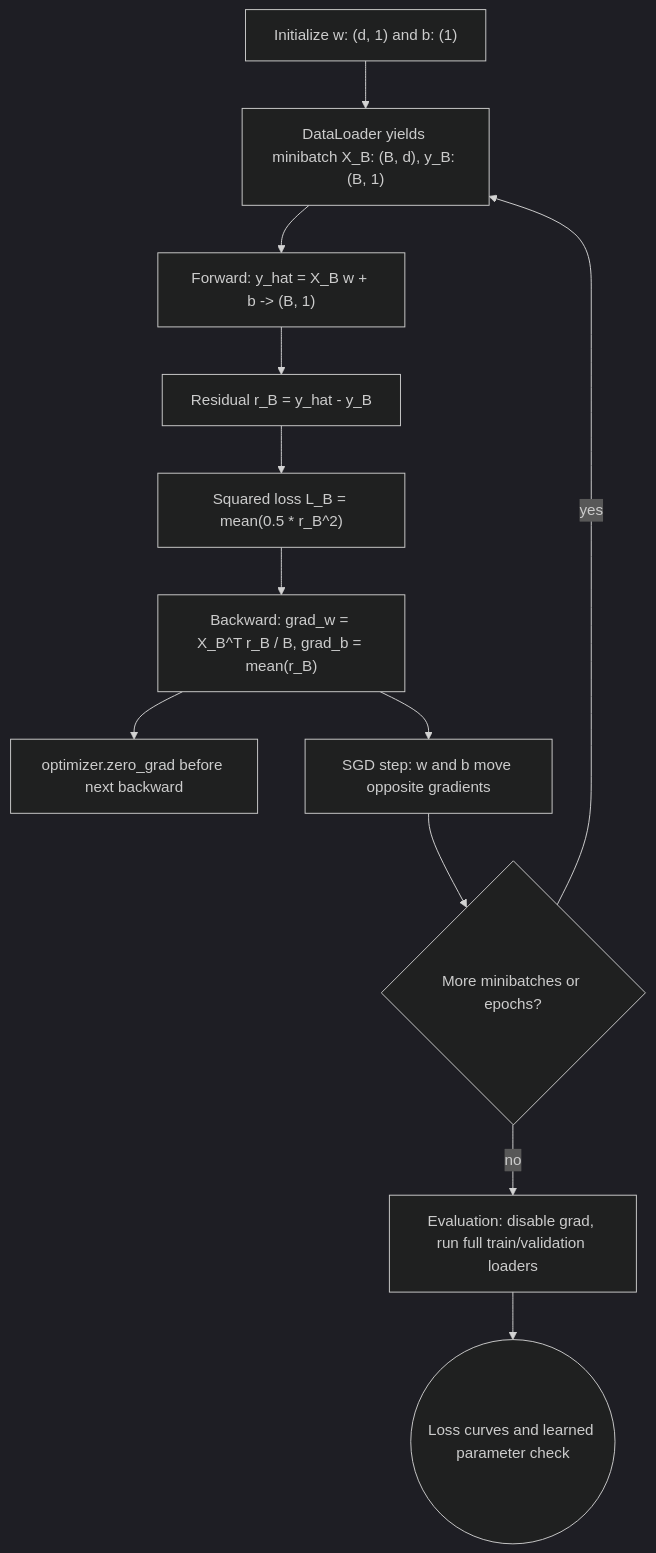
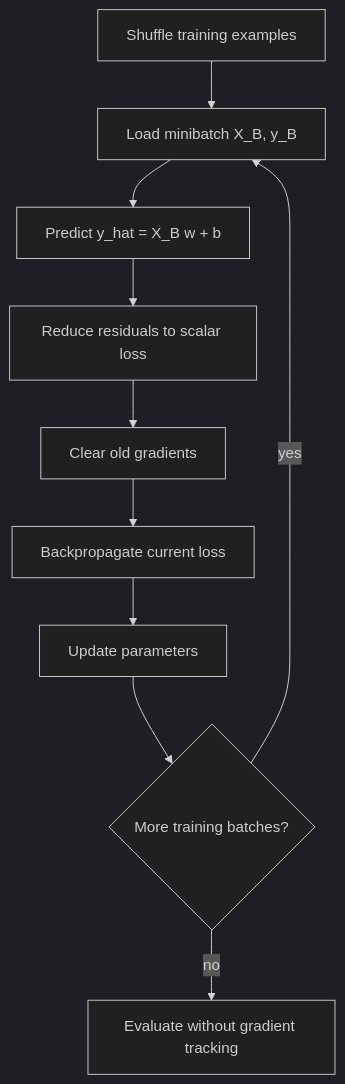
Before and after one commit to justinbrianhwang/SJ-wiki: the diagram in docs/cs/deep-learning/linear-regression-training.md, drawn with Mermaid (dark theme). The commit also changed other lines of this file and 166 other files, not shown here.

````diff
--- a/docs/cs/deep-learning/linear-regression-training.md
+++ b/docs/cs/deep-learning/linear-regression-training.md
@@ -94,14 +180,12 @@
 ```mermaid
 flowchart TB
-  Init["Initialize w: (d, 1) and b: (1)"] --> Loader["DataLoader yields minibatch X_B: (B, d), y_B: (B, 1)"]
-  Loader --> Forward["Forward: y_hat = X_B w + b -> (B, 1)"]
-  Forward --> Residual["Residual r_B = y_hat - y_B"]
-  Residual --> Loss["Squared loss L_B = mean(0.5 * r_B^2)"]
-  Loss --> Backward["Backward: grad_w = X_B^T r_B / B, grad_b = mean(r_B)"]
-  Backward --> Zero["optimizer.zero_grad before next backward"]
-  Backward --> Step["SGD step: w and b move opposite gradients"]
-  Step --> Epoch{"More minibatches or epochs?"}
-  Epoch -->|"yes"| Loader
-  Epoch -->|"no"| Eval["Evaluation: disable grad, run full train/validation loaders"]
-  Eval --> Metrics(("Loss curves and learned parameter check"))
+    A["Shuffle training examples"] --> B["Load minibatch X_B, y_B"]
+    B --> C["Predict y_hat = X_B w + b"]
+    C --> D["Reduce residuals to scalar loss"]
+    D --> E["Clear old gradients"]
+    E --> F["Backpropagate current loss"]
+    F --> G["Update parameters"]
+    G --> H{"More training batches?"}
+    H -->|yes| B
+    H -->|no| I["Evaluate without gradient tracking"]
 ```
````
